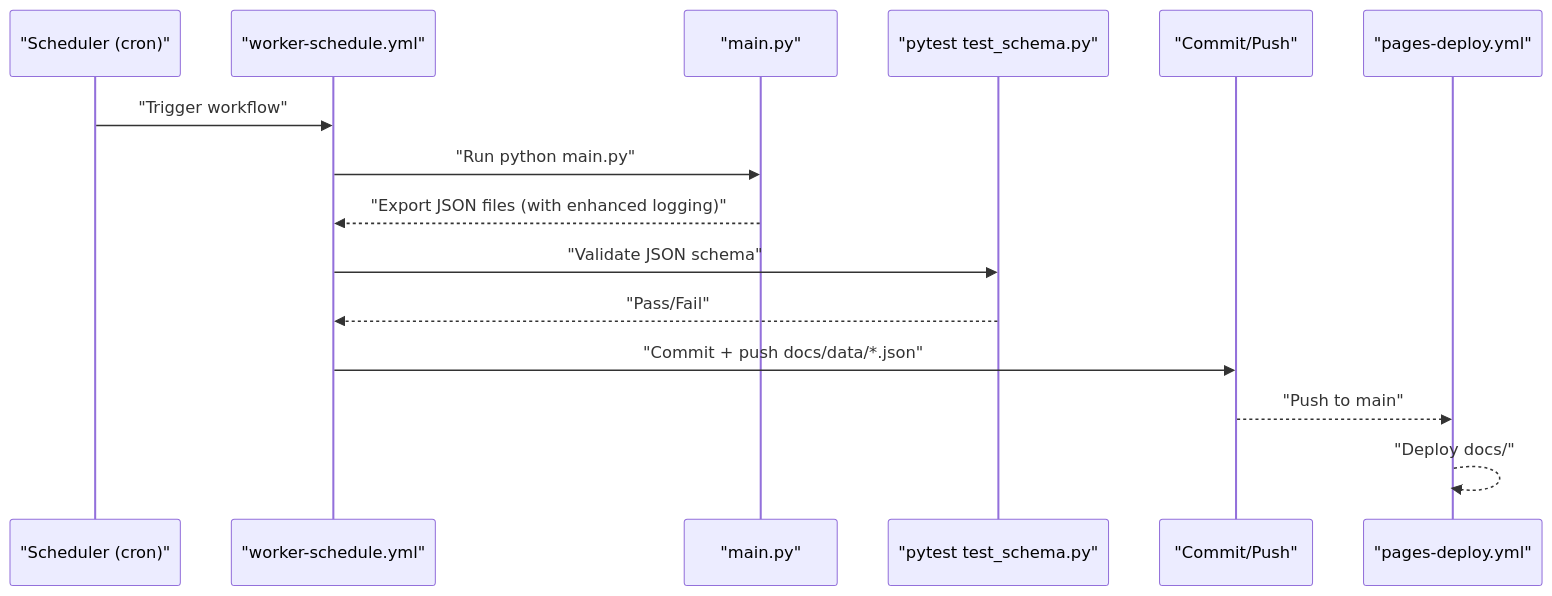
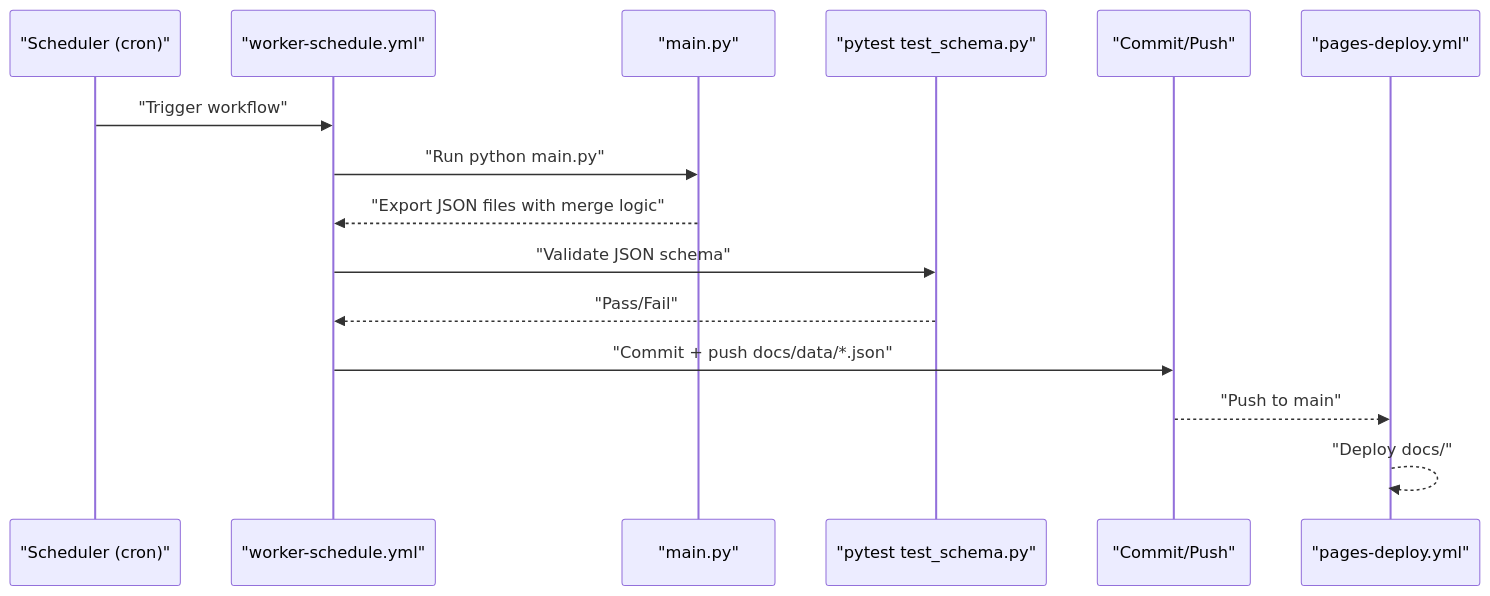
Before and after one commit to shakthi-vinayak/news: the fifth of 6 diagrams in .qoder/repowiki/en/content/Data Management/JSON Export System.md, drawn with Mermaid. The commit also changed other lines of this file and 55 other files, not shown here.

````diff
--- a/.qoder/repowiki/en/content/Data Management/JSON Export System.md
+++ b/.qoder/repowiki/en/content/Data Management/JSON Export System.md
@@ -363,17 +369,17 @@
 ```mermaid
 sequenceDiagram
 participant Cron as "Scheduler (cron)"
 participant GA as "worker-schedule.yml"
 participant Worker as "main.py"
 participant Tests as "pytest test_schema.py"
 participant Git as "Commit/Push"
 participant Pages as "pages-deploy.yml"
 Cron->>GA : "Trigger workflow"
 GA->>Worker : "Run python main.py"
-Worker-->>GA : "Export JSON files (with enhanced logging)"
+Worker-->>GA : "Export JSON files with merge logic"
 GA->>Tests : "Validate JSON schema"
 Tests-->>GA : "Pass/Fail"
 GA->>Git : "Commit + push docs/data/*.json"
 Git-->>Pages : "Push to main"
 Pages-->>Pages : "Deploy docs/"
 ```
````
